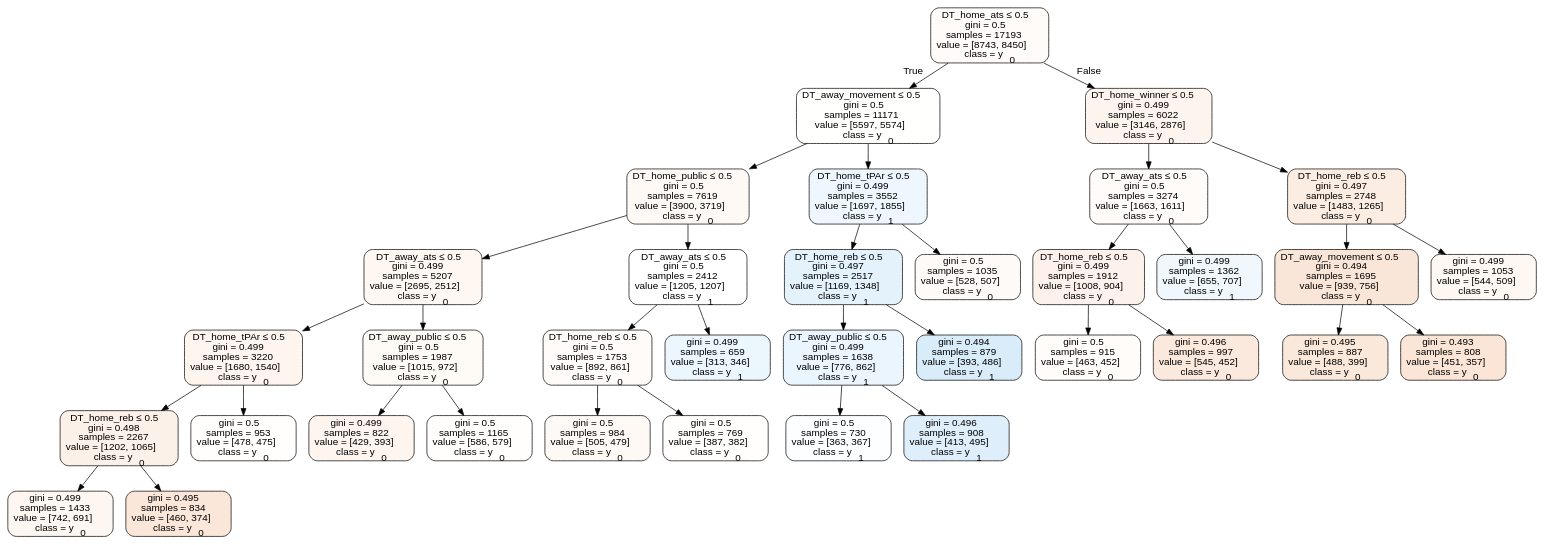
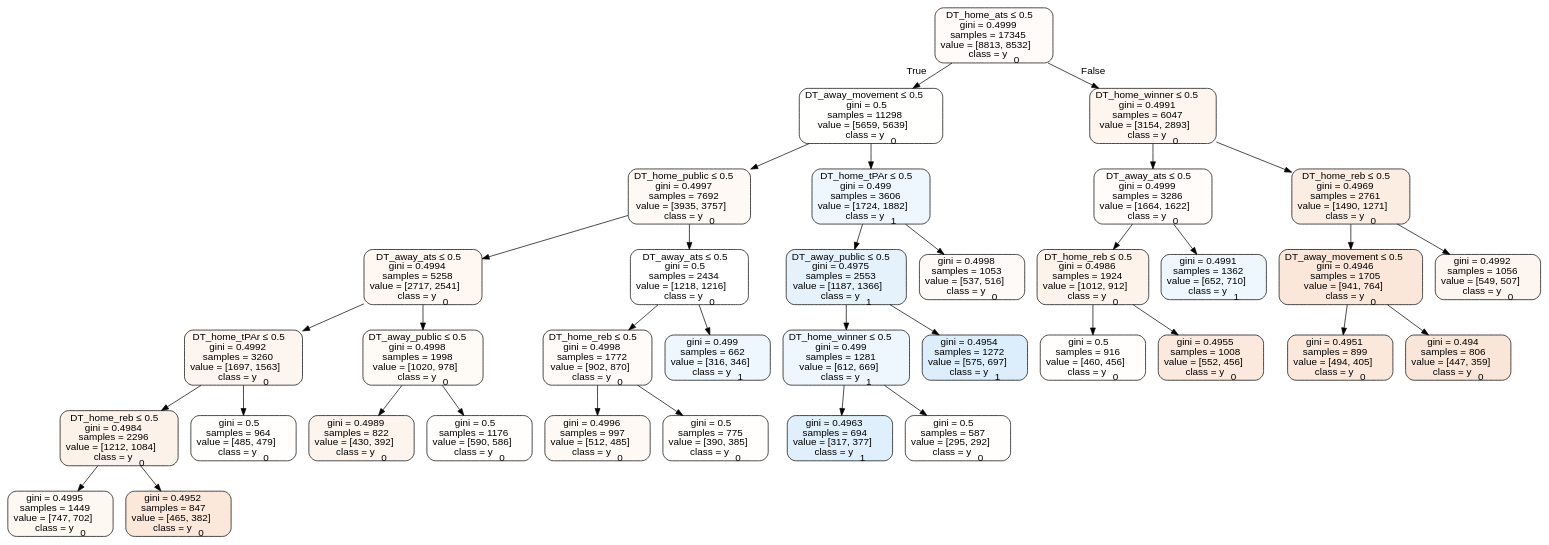
One commit to usbogie/ncaa-bets changed the diagram in Basketball/data/trees/tree2011home.dot. Above: the diagram before and after it, drawn with Graphviz. The commit also changed 47 other files, not shown here.

```diff
--- a/Basketball/data/trees/tree2011home.dot
+++ b/Basketball/data/trees/tree2011home.dot
@@ -1,73 +1,73 @@
 digraph Tree {
 node [shape=box, style="filled, rounded", color="black", fontname=helvetica] ;
 edge [fontname=helvetica] ;
-0 [label=<DT_home_ats &le; 0.5<br/>gini = 0.5<br/>samples = 17193<br/>value = [8743, 8450]<br/>class = y<SUB>0</SUB>>, fillcolor="#e5813909"] ;
-1 [label=<DT_away_movement &le; 0.5<br/>gini = 0.5<br/>samples = 11171<br/>value = [5597, 5574]<br/>class = y<SUB>0</SUB>>, fillcolor="#e5813901"] ;
+0 [label=<DT_home_ats &le; 0.5<br/>gini = 0.4999<br/>samples = 17345<br/>value = [8813, 8532]<br/>class = y<SUB>0</SUB>>, fillcolor="#e5813908"] ;
+1 [label=<DT_away_movement &le; 0.5<br/>gini = 0.5<br/>samples = 11298<br/>value = [5659, 5639]<br/>class = y<SUB>0</SUB>>, fillcolor="#e5813901"] ;
 0 -> 1 [labeldistance=2.5, labelangle=45, headlabel="True"] ;
-2 [label=<DT_home_public &le; 0.5<br/>gini = 0.5<br/>samples = 7619<br/>value = [3900, 3719]<br/>class = y<SUB>0</SUB>>, fillcolor="#e581390c"] ;
+2 [label=<DT_home_public &le; 0.5<br/>gini = 0.4997<br/>samples = 7692<br/>value = [3935, 3757]<br/>class = y<SUB>0</SUB>>, fillcolor="#e581390c"] ;
 1 -> 2 ;
-3 [label=<DT_away_ats &le; 0.5<br/>gini = 0.499<br/>samples = 5207<br/>value = [2695, 2512]<br/>class = y<SUB>0</SUB>>, fillcolor="#e5813911"] ;
+3 [label=<DT_away_ats &le; 0.5<br/>gini = 0.4994<br/>samples = 5258<br/>value = [2717, 2541]<br/>class = y<SUB>0</SUB>>, fillcolor="#e5813911"] ;
 2 -> 3 ;
-4 [label=<DT_home_tPAr &le; 0.5<br/>gini = 0.499<br/>samples = 3220<br/>value = [1680, 1540]<br/>class = y<SUB>0</SUB>>, fillcolor="#e5813915"] ;
+4 [label=<DT_home_tPAr &le; 0.5<br/>gini = 0.4992<br/>samples = 3260<br/>value = [1697, 1563]<br/>class = y<SUB>0</SUB>>, fillcolor="#e5813914"] ;
 3 -> 4 ;
-5 [label=<DT_home_reb &le; 0.5<br/>gini = 0.498<br/>samples = 2267<br/>value = [1202, 1065]<br/>class = y<SUB>0</SUB>>, fillcolor="#e581391d"] ;
+5 [label=<DT_home_reb &le; 0.5<br/>gini = 0.4984<br/>samples = 2296<br/>value = [1212, 1084]<br/>class = y<SUB>0</SUB>>, fillcolor="#e581391b"] ;
 4 -> 5 ;
-6 [label=<gini = 0.499<br/>samples = 1433<br/>value = [742, 691]<br/>class = y<SUB>0</SUB>>, fillcolor="#e5813912"] ;
+6 [label=<gini = 0.4995<br/>samples = 1449<br/>value = [747, 702]<br/>class = y<SUB>0</SUB>>, fillcolor="#e581390f"] ;
 5 -> 6 ;
-7 [label=<gini = 0.495<br/>samples = 834<br/>value = [460, 374]<br/>class = y<SUB>0</SUB>>, fillcolor="#e5813930"] ;
+7 [label=<gini = 0.4952<br/>samples = 847<br/>value = [465, 382]<br/>class = y<SUB>0</SUB>>, fillcolor="#e581392e"] ;
 5 -> 7 ;
-8 [label=<gini = 0.5<br/>samples = 953<br/>value = [478, 475]<br/>class = y<SUB>0</SUB>>, fillcolor="#e5813902"] ;
+8 [label=<gini = 0.5<br/>samples = 964<br/>value = [485, 479]<br/>class = y<SUB>0</SUB>>, fillcolor="#e5813903"] ;
 4 -> 8 ;
-9 [label=<DT_away_public &le; 0.5<br/>gini = 0.5<br/>samples = 1987<br/>value = [1015, 972]<br/>class = y<SUB>0</SUB>>, fillcolor="#e581390b"] ;
+9 [label=<DT_away_public &le; 0.5<br/>gini = 0.4998<br/>samples = 1998<br/>value = [1020, 978]<br/>class = y<SUB>0</SUB>>, fillcolor="#e581390b"] ;
 3 -> 9 ;
-10 [label=<gini = 0.499<br/>samples = 822<br/>value = [429, 393]<br/>class = y<SUB>0</SUB>>, fillcolor="#e5813915"] ;
+10 [label=<gini = 0.4989<br/>samples = 822<br/>value = [430, 392]<br/>class = y<SUB>0</SUB>>, fillcolor="#e5813917"] ;
 9 -> 10 ;
-11 [label=<gini = 0.5<br/>samples = 1165<br/>value = [586, 579]<br/>class = y<SUB>0</SUB>>, fillcolor="#e5813903"] ;
+11 [label=<gini = 0.5<br/>samples = 1176<br/>value = [590, 586]<br/>class = y<SUB>0</SUB>>, fillcolor="#e5813902"] ;
 9 -> 11 ;
-12 [label=<DT_away_ats &le; 0.5<br/>gini = 0.5<br/>samples = 2412<br/>value = [1205, 1207]<br/>class = y<SUB>1</SUB>>, fillcolor="#399de500"] ;
+12 [label=<DT_away_ats &le; 0.5<br/>gini = 0.5<br/>samples = 2434<br/>value = [1218, 1216]<br/>class = y<SUB>0</SUB>>, fillcolor="#e5813900"] ;
 2 -> 12 ;
-13 [label=<DT_home_reb &le; 0.5<br/>gini = 0.5<br/>samples = 1753<br/>value = [892, 861]<br/>class = y<SUB>0</SUB>>, fillcolor="#e5813909"] ;
+13 [label=<DT_home_reb &le; 0.5<br/>gini = 0.4998<br/>samples = 1772<br/>value = [902, 870]<br/>class = y<SUB>0</SUB>>, fillcolor="#e5813909"] ;
 12 -> 13 ;
-14 [label=<gini = 0.5<br/>samples = 984<br/>value = [505, 479]<br/>class = y<SUB>0</SUB>>, fillcolor="#e581390d"] ;
+14 [label=<gini = 0.4996<br/>samples = 997<br/>value = [512, 485]<br/>class = y<SUB>0</SUB>>, fillcolor="#e581390d"] ;
 13 -> 14 ;
-15 [label=<gini = 0.5<br/>samples = 769<br/>value = [387, 382]<br/>class = y<SUB>0</SUB>>, fillcolor="#e5813903"] ;
+15 [label=<gini = 0.5<br/>samples = 775<br/>value = [390, 385]<br/>class = y<SUB>0</SUB>>, fillcolor="#e5813903"] ;
 13 -> 15 ;
-16 [label=<gini = 0.499<br/>samples = 659<br/>value = [313, 346]<br/>class = y<SUB>1</SUB>>, fillcolor="#399de518"] ;
+16 [label=<gini = 0.499<br/>samples = 662<br/>value = [316, 346]<br/>class = y<SUB>1</SUB>>, fillcolor="#399de516"] ;
 12 -> 16 ;
-17 [label=<DT_home_tPAr &le; 0.5<br/>gini = 0.499<br/>samples = 3552<br/>value = [1697, 1855]<br/>class = y<SUB>1</SUB>>, fillcolor="#399de516"] ;
+17 [label=<DT_home_tPAr &le; 0.5<br/>gini = 0.499<br/>samples = 3606<br/>value = [1724, 1882]<br/>class = y<SUB>1</SUB>>, fillcolor="#399de515"] ;
 1 -> 17 ;
-18 [label=<DT_home_reb &le; 0.5<br/>gini = 0.497<br/>samples = 2517<br/>value = [1169, 1348]<br/>class = y<SUB>1</SUB>>, fillcolor="#399de522"] ;
+18 [label=<DT_away_public &le; 0.5<br/>gini = 0.4975<br/>samples = 2553<br/>value = [1187, 1366]<br/>class = y<SUB>1</SUB>>, fillcolor="#399de521"] ;
 17 -> 18 ;
-19 [label=<DT_away_public &le; 0.5<br/>gini = 0.499<br/>samples = 1638<br/>value = [776, 862]<br/>class = y<SUB>1</SUB>>, fillcolor="#399de519"] ;
+19 [label=<DT_home_winner &le; 0.5<br/>gini = 0.499<br/>samples = 1281<br/>value = [612, 669]<br/>class = y<SUB>1</SUB>>, fillcolor="#399de516"] ;
 18 -> 19 ;
-20 [label=<gini = 0.5<br/>samples = 730<br/>value = [363, 367]<br/>class = y<SUB>1</SUB>>, fillcolor="#399de503"] ;
+20 [label=<gini = 0.4963<br/>samples = 694<br/>value = [317, 377]<br/>class = y<SUB>1</SUB>>, fillcolor="#399de529"] ;
 19 -> 20 ;
-21 [label=<gini = 0.496<br/>samples = 908<br/>value = [413, 495]<br/>class = y<SUB>1</SUB>>, fillcolor="#399de52a"] ;
+21 [label=<gini = 0.5<br/>samples = 587<br/>value = [295, 292]<br/>class = y<SUB>0</SUB>>, fillcolor="#e5813903"] ;
 19 -> 21 ;
-22 [label=<gini = 0.494<br/>samples = 879<br/>value = [393, 486]<br/>class = y<SUB>1</SUB>>, fillcolor="#399de531"] ;
+22 [label=<gini = 0.4954<br/>samples = 1272<br/>value = [575, 697]<br/>class = y<SUB>1</SUB>>, fillcolor="#399de52d"] ;
 18 -> 22 ;
-23 [label=<gini = 0.5<br/>samples = 1035<br/>value = [528, 507]<br/>class = y<SUB>0</SUB>>, fillcolor="#e581390a"] ;
+23 [label=<gini = 0.4998<br/>samples = 1053<br/>value = [537, 516]<br/>class = y<SUB>0</SUB>>, fillcolor="#e581390a"] ;
 17 -> 23 ;
-24 [label=<DT_home_winner &le; 0.5<br/>gini = 0.499<br/>samples = 6022<br/>value = [3146, 2876]<br/>class = y<SUB>0</SUB>>, fillcolor="#e5813916"] ;
+24 [label=<DT_home_winner &le; 0.5<br/>gini = 0.4991<br/>samples = 6047<br/>value = [3154, 2893]<br/>class = y<SUB>0</SUB>>, fillcolor="#e5813915"] ;
 0 -> 24 [labeldistance=2.5, labelangle=-45, headlabel="False"] ;
-25 [label=<DT_away_ats &le; 0.5<br/>gini = 0.5<br/>samples = 3274<br/>value = [1663, 1611]<br/>class = y<SUB>0</SUB>>, fillcolor="#e5813908"] ;
+25 [label=<DT_away_ats &le; 0.5<br/>gini = 0.4999<br/>samples = 3286<br/>value = [1664, 1622]<br/>class = y<SUB>0</SUB>>, fillcolor="#e5813906"] ;
 24 -> 25 ;
-26 [label=<DT_home_reb &le; 0.5<br/>gini = 0.499<br/>samples = 1912<br/>value = [1008, 904]<br/>class = y<SUB>0</SUB>>, fillcolor="#e581391a"] ;
+26 [label=<DT_home_reb &le; 0.5<br/>gini = 0.4986<br/>samples = 1924<br/>value = [1012, 912]<br/>class = y<SUB>0</SUB>>, fillcolor="#e5813919"] ;
 25 -> 26 ;
-27 [label=<gini = 0.5<br/>samples = 915<br/>value = [463, 452]<br/>class = y<SUB>0</SUB>>, fillcolor="#e5813906"] ;
+27 [label=<gini = 0.5<br/>samples = 916<br/>value = [460, 456]<br/>class = y<SUB>0</SUB>>, fillcolor="#e5813902"] ;
 26 -> 27 ;
-28 [label=<gini = 0.496<br/>samples = 997<br/>value = [545, 452]<br/>class = y<SUB>0</SUB>>, fillcolor="#e581392c"] ;
+28 [label=<gini = 0.4955<br/>samples = 1008<br/>value = [552, 456]<br/>class = y<SUB>0</SUB>>, fillcolor="#e581392c"] ;
 26 -> 28 ;
-29 [label=<gini = 0.499<br/>samples = 1362<br/>value = [655, 707]<br/>class = y<SUB>1</SUB>>, fillcolor="#399de513"] ;
+29 [label=<gini = 0.4991<br/>samples = 1362<br/>value = [652, 710]<br/>class = y<SUB>1</SUB>>, fillcolor="#399de515"] ;
 25 -> 29 ;
-30 [label=<DT_home_reb &le; 0.5<br/>gini = 0.497<br/>samples = 2748<br/>value = [1483, 1265]<br/>class = y<SUB>0</SUB>>, fillcolor="#e5813925"] ;
+30 [label=<DT_home_reb &le; 0.5<br/>gini = 0.4969<br/>samples = 2761<br/>value = [1490, 1271]<br/>class = y<SUB>0</SUB>>, fillcolor="#e5813925"] ;
 24 -> 30 ;
-31 [label=<DT_away_movement &le; 0.5<br/>gini = 0.494<br/>samples = 1695<br/>value = [939, 756]<br/>class = y<SUB>0</SUB>>, fillcolor="#e5813932"] ;
+31 [label=<DT_away_movement &le; 0.5<br/>gini = 0.4946<br/>samples = 1705<br/>value = [941, 764]<br/>class = y<SUB>0</SUB>>, fillcolor="#e5813930"] ;
 30 -> 31 ;
-32 [label=<gini = 0.495<br/>samples = 887<br/>value = [488, 399]<br/>class = y<SUB>0</SUB>>, fillcolor="#e581392f"] ;
+32 [label=<gini = 0.4951<br/>samples = 899<br/>value = [494, 405]<br/>class = y<SUB>0</SUB>>, fillcolor="#e581392e"] ;
 31 -> 32 ;
-33 [label=<gini = 0.493<br/>samples = 808<br/>value = [451, 357]<br/>class = y<SUB>0</SUB>>, fillcolor="#e5813935"] ;
+33 [label=<gini = 0.494<br/>samples = 806<br/>value = [447, 359]<br/>class = y<SUB>0</SUB>>, fillcolor="#e5813932"] ;
 31 -> 33 ;
-34 [label=<gini = 0.499<br/>samples = 1053<br/>value = [544, 509]<br/>class = y<SUB>0</SUB>>, fillcolor="#e5813910"] ;
+34 [label=<gini = 0.4992<br/>samples = 1056<br/>value = [549, 507]<br/>class = y<SUB>0</SUB>>, fillcolor="#e5813914"] ;
 30 -> 34 ;
 }
```
